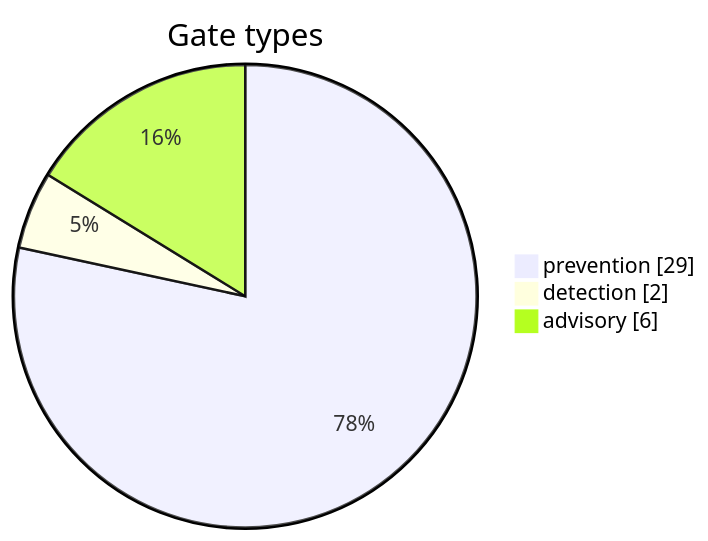
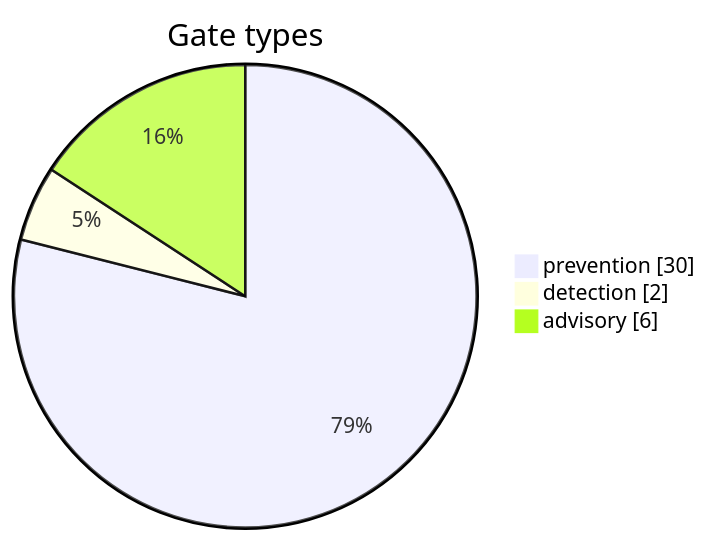
The first of 4 diagrams in docs/harness-status.md (Yos-K/gatecrate), drawn with Mermaid before and after one commit. The commit also changed other lines of this file and 1 other file, not shown here.

````diff
--- a/docs/harness-status.md
+++ b/docs/harness-status.md
@@ -22,7 +22,7 @@
 ```mermaid
 pie showData
     title Gate types
-    "prevention" : 29
+    "prevention" : 30
     "detection" : 2
     "advisory" : 6
 ```
````
